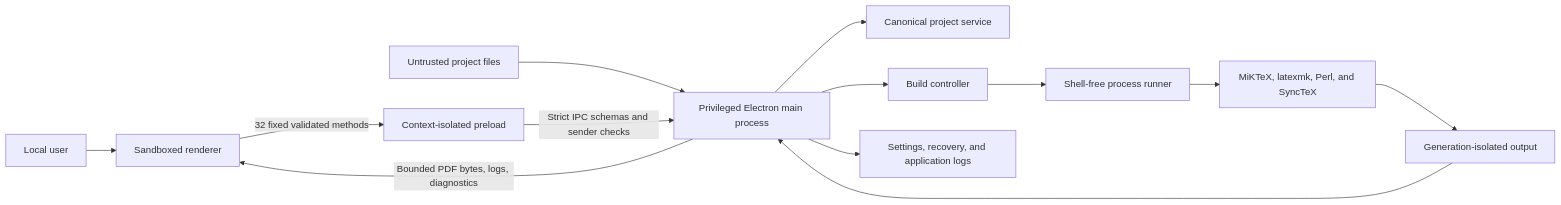
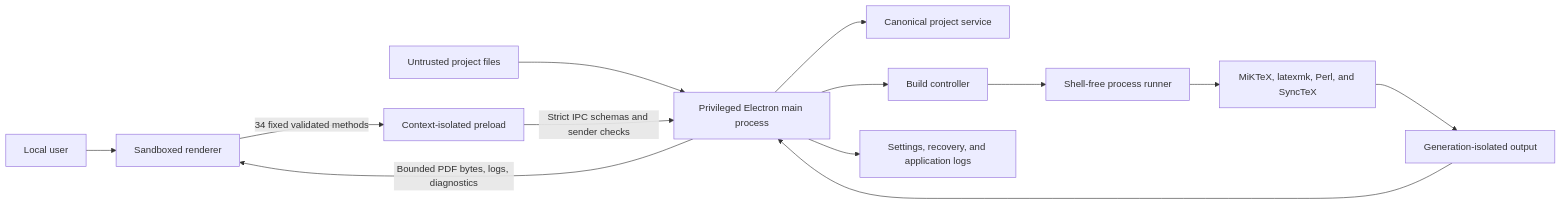
One commit to pasan3251/TeXPulse-Studio changed the diagram in docs/THREAT_MODEL.md. Above: the diagram before and after it, drawn with Mermaid. The commit also changed other lines of this file and 29 other files, not shown here.

````diff
--- a/docs/THREAT_MODEL.md
+++ b/docs/THREAT_MODEL.md
@@ -57,15 +57,15 @@
 ```mermaid
 flowchart LR
   U["Local user"] --> R["Sandboxed renderer"]
   P["Untrusted project files"] --> M["Privileged Electron main process"]
-  R -->|"32 fixed validated methods"| L["Context-isolated preload"]
+  R -->|"34 fixed validated methods"| L["Context-isolated preload"]
   L -->|"Strict IPC schemas and sender checks"| M
   M --> F["Canonical project service"]
   M --> B["Build controller"]
   M --> S["Settings, recovery, and application logs"]
   B --> C["Shell-free process runner"]
   C --> T["MiKTeX, latexmk, Perl, and SyncTeX"]
   T --> O["Generation-isolated output"]
   O --> M
   M -->|"Bounded PDF bytes, logs, diagnostics"| R
 ```
````
